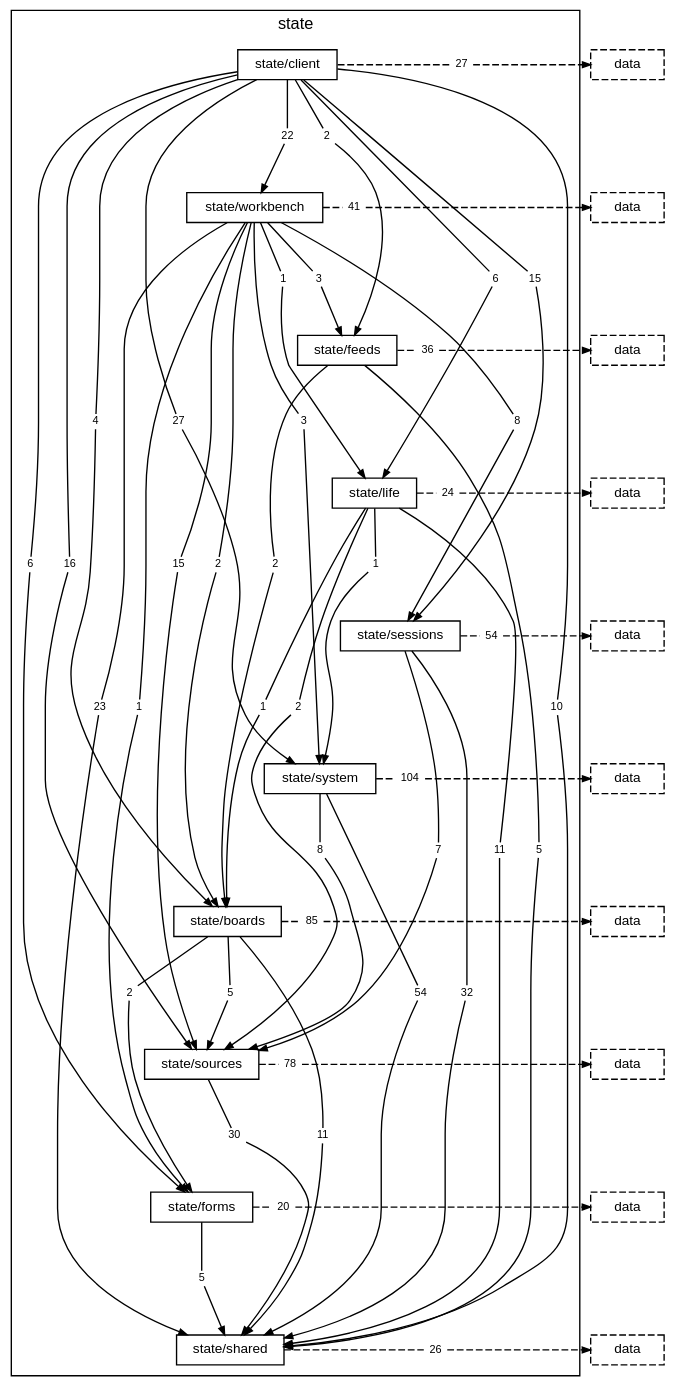
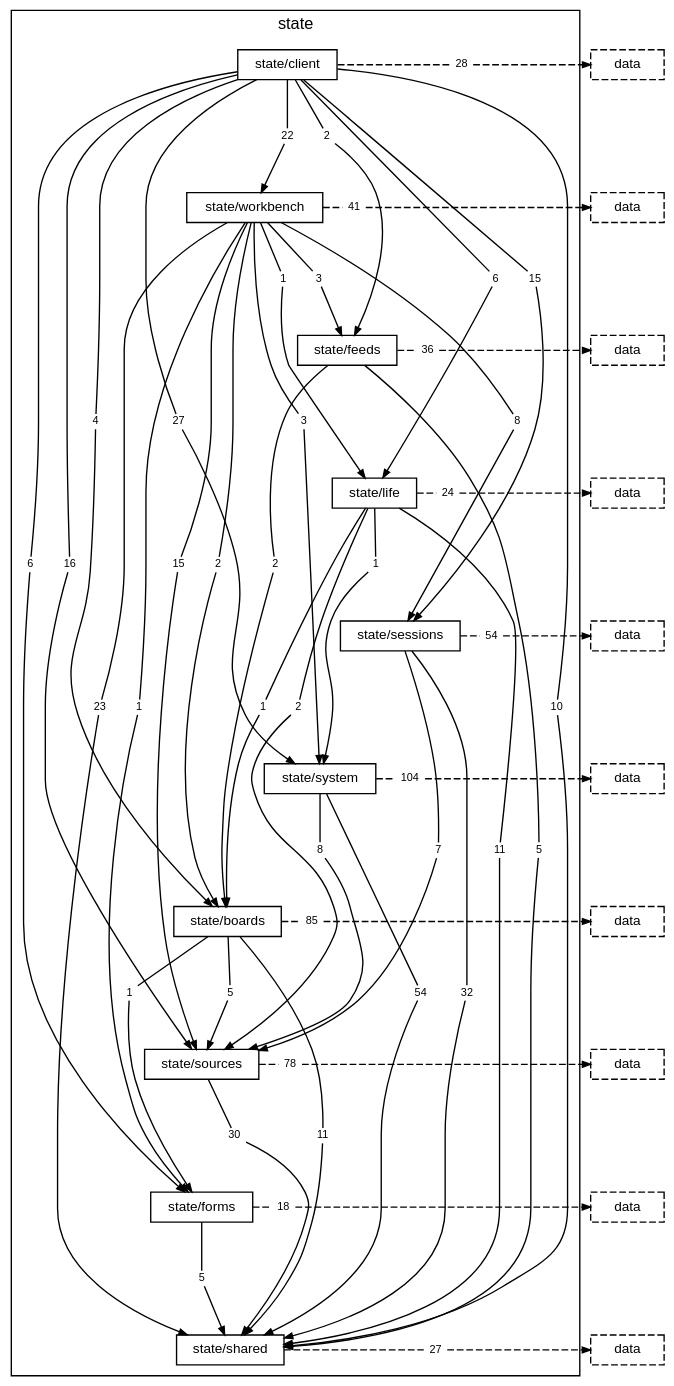
The diagram in docs/diagrams/layer-state.dot (TheAxeC/oculus), drawn with Graphviz before and after one commit. The commit also changed 152 other files, not shown here.

```diff
--- a/docs/diagrams/layer-state.dot
+++ b/docs/diagrams/layer-state.dot
@@ -23,7 +23,7 @@
         "folder state/client to folder state/sources" [label="16", shape=box, color="transparent", fontsize=8, width=0, height=0, margin="0.04,0.02"];
         "folder state/client to folder state/system" [label="27", shape=box, color="transparent", fontsize=8, width=0, height=0, margin="0.04,0.02"];
         "folder state/client to folder state/workbench" [label="22", shape=box, color="transparent", fontsize=8, width=0, height=0, margin="0.04,0.02"];
-        "folder state/client to layer data" [label="27", shape=box, color="transparent", fontsize=8, width=0, height=0, margin="0.04,0.02"];
+        "folder state/client to layer data" [label="28", shape=box, color="transparent", fontsize=8, width=0, height=0, margin="0.04,0.02"];
         "folder state/workbench to folder state/boards" [label="2", shape=box, color="transparent", fontsize=8, width=0, height=0, margin="0.04,0.02"];
         "folder state/workbench to folder state/feeds" [label="3", shape=box, color="transparent", fontsize=8, width=0, height=0, margin="0.04,0.02"];
         "folder state/workbench to folder state/forms" [label="1", shape=box, color="transparent", fontsize=8, width=0, height=0, margin="0.04,0.02"];
@@ -47,15 +47,15 @@
         "folder state/system to folder state/shared" [label="54", shape=box, color="transparent", fontsize=8, width=0, height=0, margin="0.04,0.02"];
         "folder state/system to folder state/sources" [label="8", shape=box, color="transparent", fontsize=8, width=0, height=0, margin="0.04,0.02"];
         "folder state/system to layer data" [label="104", shape=box, color="transparent", fontsize=8, width=0, height=0, margin="0.04,0.02"];
-        "folder state/boards to folder state/forms" [label="2", shape=box, color="transparent", fontsize=8, width=0, height=0, margin="0.04,0.02"];
+        "folder state/boards to folder state/forms" [label="1", shape=box, color="transparent", fontsize=8, width=0, height=0, margin="0.04,0.02"];
         "folder state/boards to folder state/shared" [label="11", shape=box, color="transparent", fontsize=8, width=0, height=0, margin="0.04,0.02"];
         "folder state/boards to folder state/sources" [label="5", shape=box, color="transparent", fontsize=8, width=0, height=0, margin="0.04,0.02"];
         "folder state/boards to layer data" [label="85", shape=box, color="transparent", fontsize=8, width=0, height=0, margin="0.04,0.02"];
         "folder state/sources to folder state/shared" [label="30", shape=box, color="transparent", fontsize=8, width=0, height=0, margin="0.04,0.02"];
         "folder state/sources to layer data" [label="78", shape=box, color="transparent", fontsize=8, width=0, height=0, margin="0.04,0.02"];
         "folder state/forms to folder state/shared" [label="5", shape=box, color="transparent", fontsize=8, width=0, height=0, margin="0.04,0.02"];
-        "folder state/forms to layer data" [label="20", shape=box, color="transparent", fontsize=8, width=0, height=0, margin="0.04,0.02"];
-        "folder state/shared to layer data" [label="26", shape=box, color="transparent", fontsize=8, width=0, height=0, margin="0.04,0.02"];
+        "folder state/forms to layer data" [label="18", shape=box, color="transparent", fontsize=8, width=0, height=0, margin="0.04,0.02"];
+        "folder state/shared to layer data" [label="27", shape=box, color="transparent", fontsize=8, width=0, height=0, margin="0.04,0.02"];
     }
     "layer data from folder state/client" [label="data", style=dashed];
     "layer data from folder state/workbench" [label="data", style=dashed];
```
